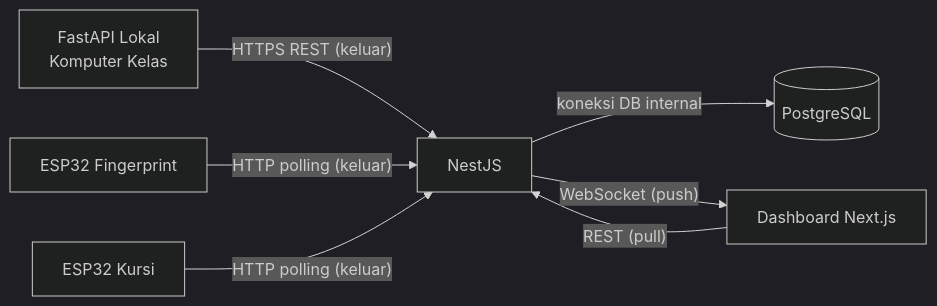
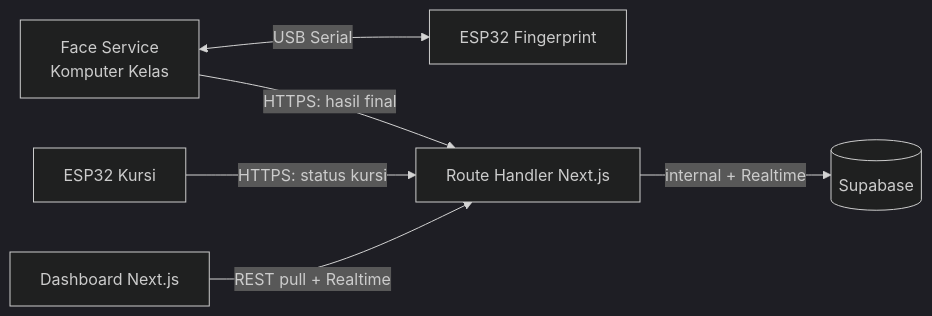
One commit to DandiKurnia/ProyekSK changed the second of 2 diagrams in ObsidianAllProgramSK/docs/communication-flow.md. Above: the diagram before and after it, drawn with Mermaid (dark theme). The commit also changed other lines of this file and 18 other files, not shown here.

Commit message:
docs(arch): adopt Next.js + Supabase + USB serial topology and record daily log

````diff
--- a/ObsidianAllProgramSK/docs/communication-flow.md
+++ b/ObsidianAllProgramSK/docs/communication-flow.md
@@ -65,9 +63,8 @@
 ```mermaid
 flowchart LR
-    PC[FastAPI Lokal<br/>Komputer Kelas] -- "HTTPS REST (keluar)" --> BE[NestJS]
-    ESPF[ESP32 Fingerprint] -- "HTTP polling (keluar)" --> BE
-    ESPK[ESP32 Kursi] -- "HTTP polling (keluar)" --> BE
-    BE -- "koneksi DB internal" --> DB[(PostgreSQL)]
-    DSH[Dashboard Next.js] -- "REST (pull)" --> BE
-    BE -- "WebSocket (push)" --> DSH
+    PC[Face Service<br/>Komputer Kelas] <-->|"USB Serial" | ESPF[ESP32 Fingerprint]
+    PC -- "HTTPS: hasil final" --> API[Route Handler Next.js]
+    ESPK[ESP32 Kursi] -- "HTTPS: status kursi" --> API
+    API -- "internal + Realtime" --> DB[(Supabase)]
+    DSH[Dashboard Next.js] -- "REST pull + Realtime" --> API
 ```
````
